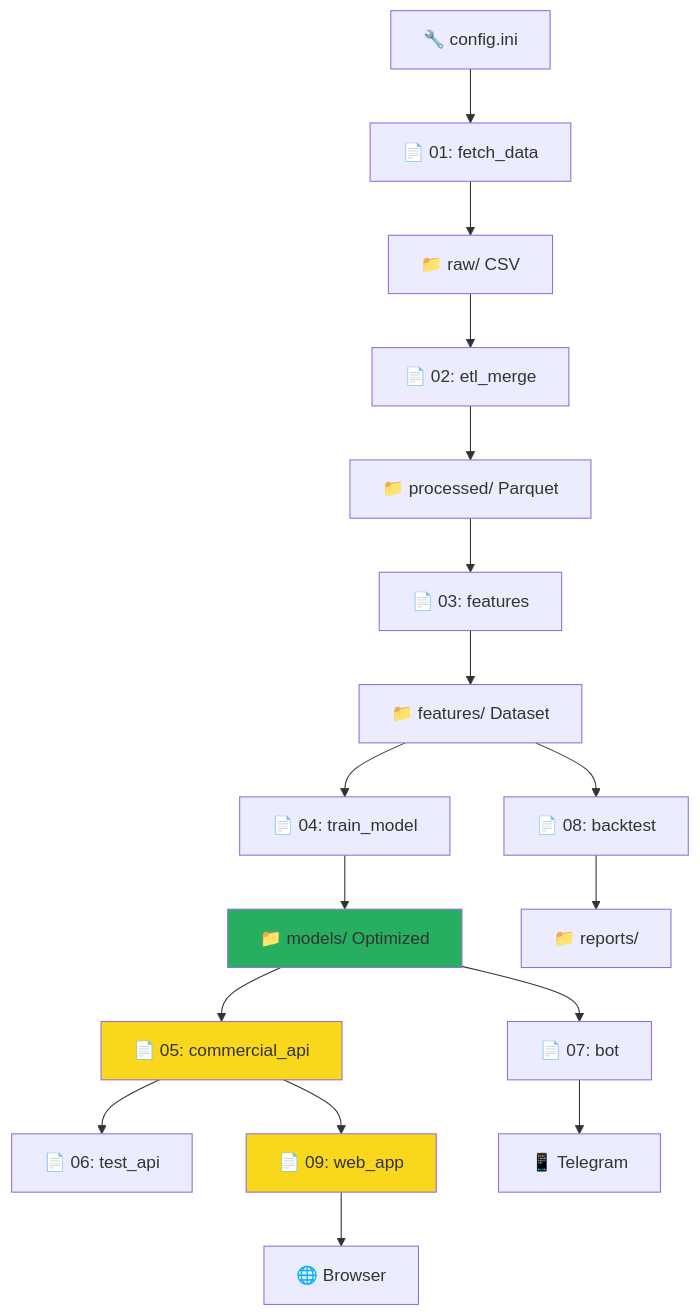
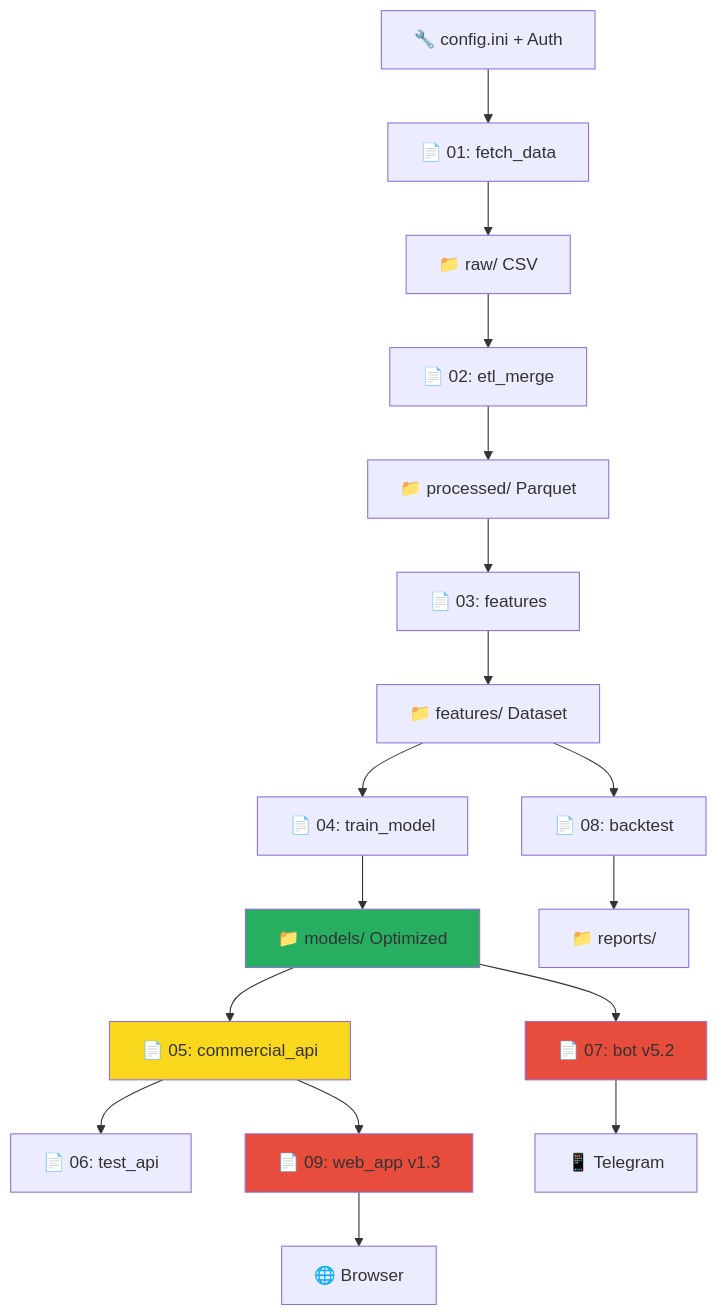
One commit to ama3639/MachineLearning changed the diagram in data/scripts/readme.md. Above: the diagram before and after it, drawn with Mermaid. The commit also changed other lines of this file and 3 other files, not shown here.

````diff
--- a/data/scripts/readme.md
+++ b/data/scripts/readme.md
@@ -235,16 +375,18 @@
 ```mermaid
 graph TB
-    A[🔧 config.ini] --> B[📄 01: fetch_data]
+    A[🔧 config.ini + Auth] --> B[📄 01: fetch_data]
     B --> C[📁 raw/ CSV] --> D[📄 02: etl_merge]
     D --> E[📁 processed/ Parquet] --> F[📄 03: features]
     F --> G[📁 features/ Dataset] --> H[📄 04: train_model]
     H --> I[📁 models/ Optimized] --> J[📄 05: commercial_api]
     J --> K[📄 06: test_api]
-    I --> L[📄 07: bot] --> M[📱 Telegram]
-    J --> N[📄 09: web_app] --> O[🌐 Browser]
+    I --> L[📄 07: bot v5.2] --> M[📱 Telegram]
+    J --> N[📄 09: web_app v1.3] --> O[🌐 Browser]
     G --> P[📄 08: backtest] --> Q[📁 reports/]
     
     style J fill:#f9d71c
     style N fill:#f9d71c
     style I fill:#27ae60
+    style L fill:#e74c3c
+    style N fill:#e74c3c
 ```
````
